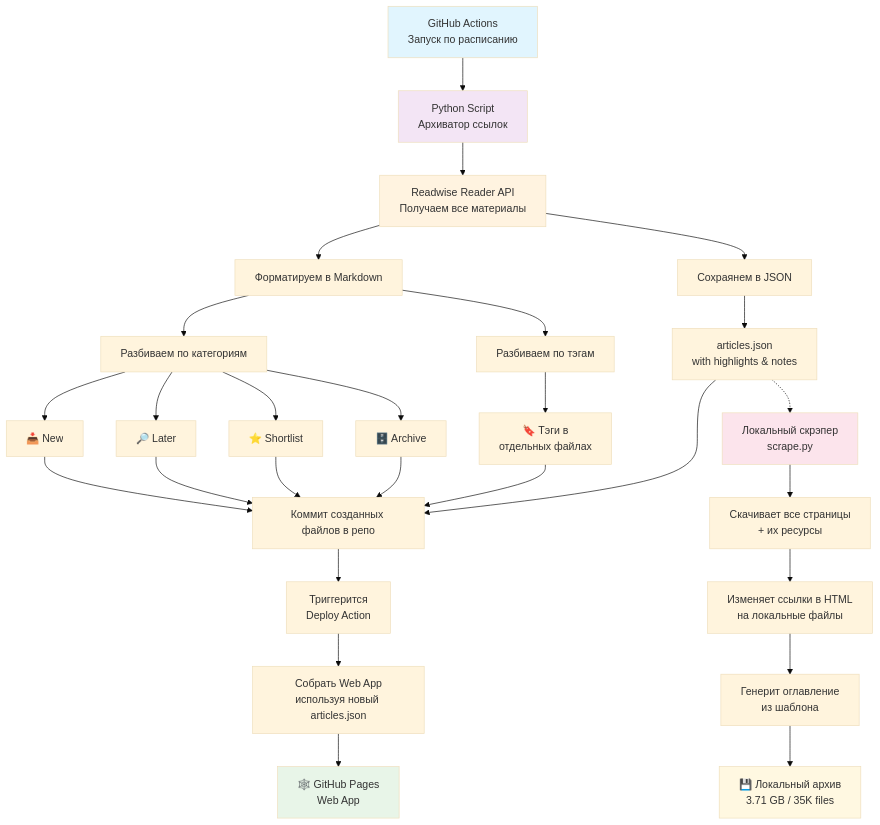
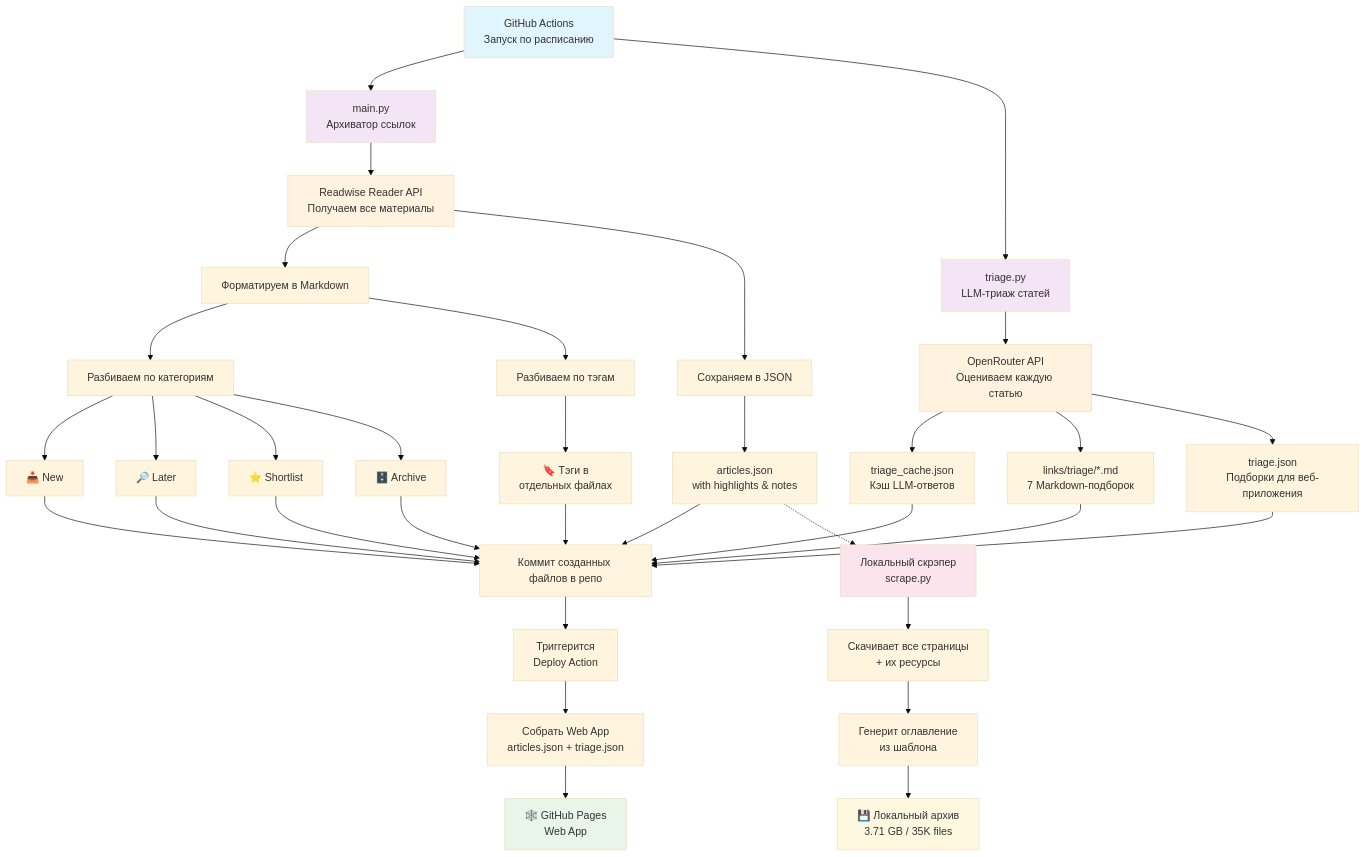
The diagram in README.md (hazadus/readwise-links), drawn with Mermaid (base theme) before and after one commit. The commit also changed other lines of this file and 1 other file, not shown here.

Commit message:
docs: обновить README.md и CLAUDE.md с учётом реализации триажа

````diff
--- a/README.md
+++ b/README.md
@@ -69,43 +75,53 @@
 ```mermaid
 graph TD
-    A[GitHub Actions<br/>Запуск по расписанию] --> B[Python Script<br/>Архиватор ссылок]
+    A[GitHub Actions<br/>Запуск по расписанию] --> B[main.py<br/>Архиватор ссылок]
 
     B --> C[Readwise Reader API<br/>Получаем все материалы]
     C --> D[Форматируем в Markdown]
-    C --> E[Сохраянем в JSON]
+    C --> E[Сохраняем в JSON]
 
     D --> F[Разбиваем по категориям]
-    F --> G[📥 New ]
+    F --> G[📥 New]
     F --> H[🔎 Later]
     F --> I[⭐ Shortlist]
     F --> J[🗄️ Archive]
 
     D --> K[Разбиваем по тэгам]
     K --> L[🔖 Тэги в<br/>отдельных файлах]
 
     E --> M[articles.json<br/>with highlights & notes]
 
+    A --> T2[triage.py<br/>LLM-триаж статей]
+    T2 --> OA[OpenRouter API<br/>Оцениваем каждую статью]
+    OA --> TC[triage_cache.json<br/>Кэш LLM-ответов]
+    OA --> TM[links/triage/*.md<br/>7 Markdown-подборок]
+    OA --> TJ[triage.json<br/>Подборки для веб-приложения]
+
     G --> N[Коммит созданных файлов в репо]
     H --> N
     I --> N
     J --> N
     L --> N
     M --> N
+    TC --> N
+    TM --> N
+    TJ --> N
 
     N --> O[Триггерится<br/>Deploy Action]
-    O --> P[Собрать Web App<br/>используя новый articles.json]
+    O --> P[Собрать Web App<br/>articles.json + triage.json]
     P --> Q[🕸️ GitHub Pages<br/>Web App]
 
     M -.-> R[Локальный скрэпер<br/>scrape.py]
     R --> S[Скачивает все страницы<br/>+ их ресурсы]
-    S --> T[Изменяет ссылки в HTML<br/>на локальные файлы]
-    T --> U[Генерит оглавление<br/>из шаблона]
+    S --> U[Генерит оглавление<br/>из шаблона]
     U --> V[💾 Локальный архив<br/>3.71 GB / 35K files]
 
     style A fill:#e1f5fe
     style B fill:#f3e5f5
+    style T2 fill:#f3e5f5
     style C fill:#fff3e0
+    style OA fill:#fff3e0
     style Q fill:#e8f5e8
     style V fill:#fff8e1
     style R fill:#fce4ec
 ```
````
